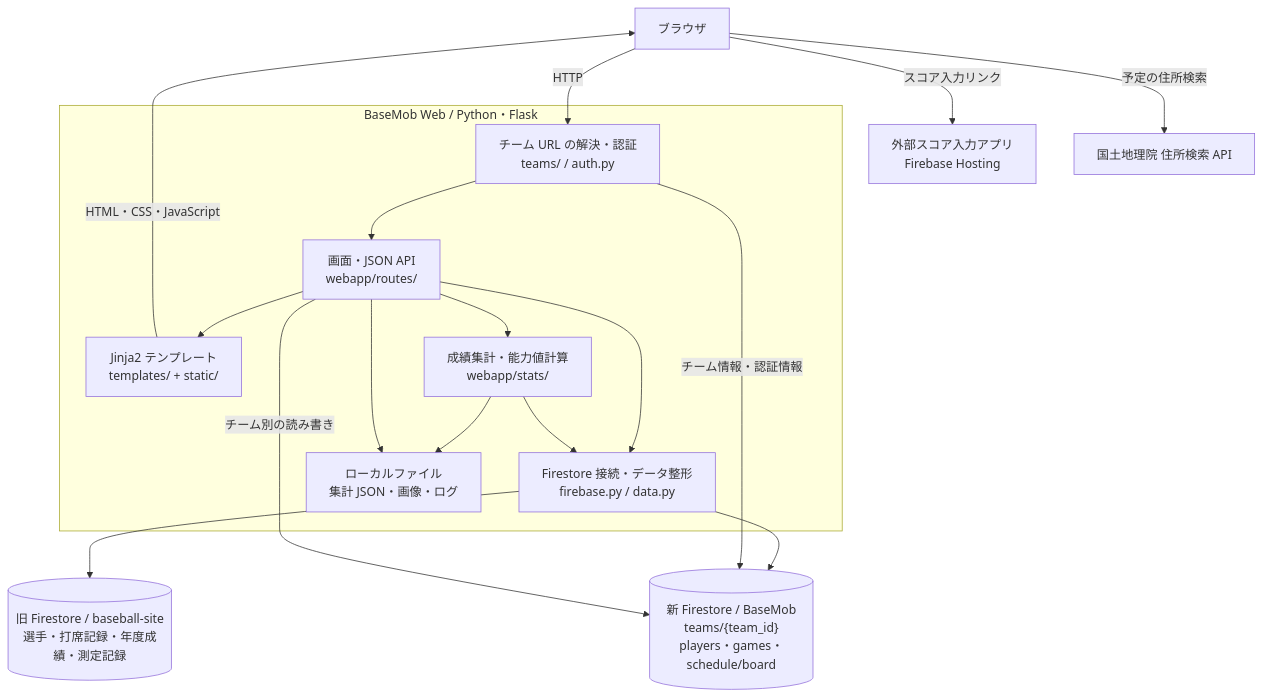
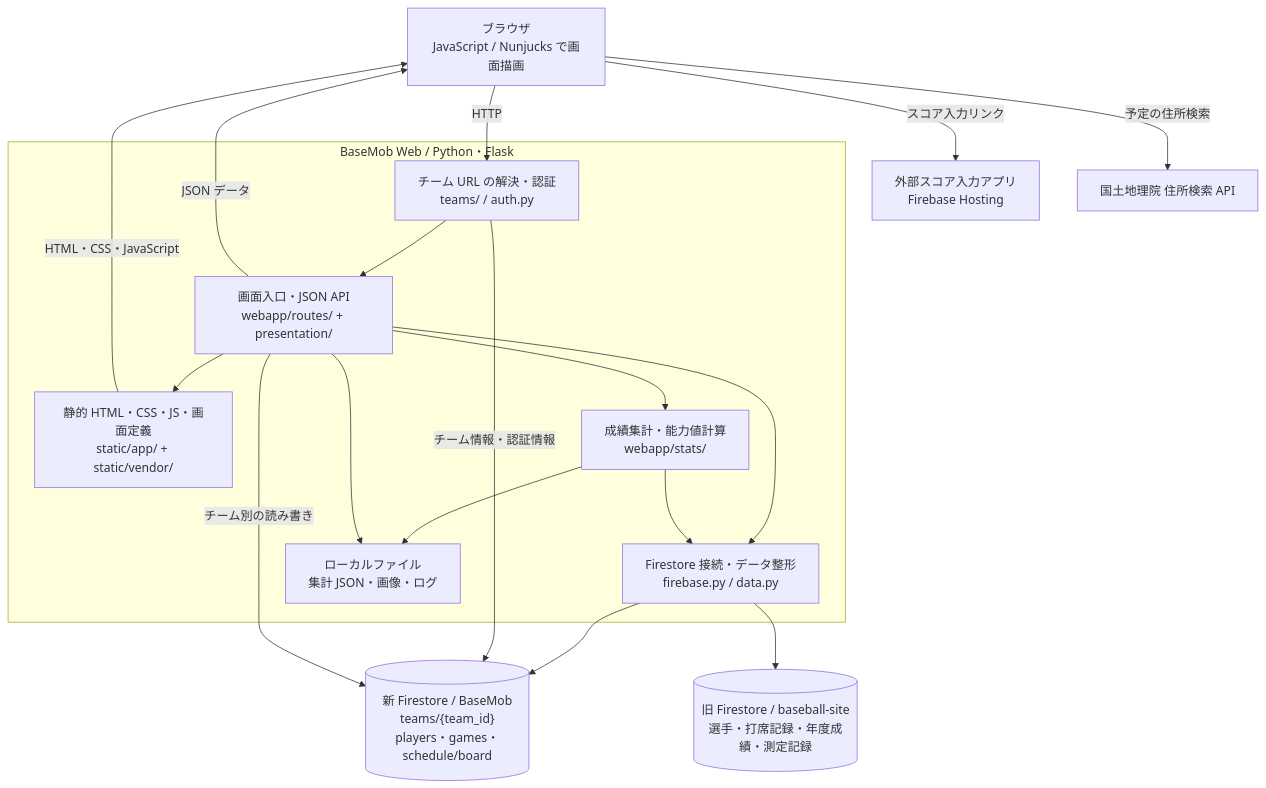
Before and after one commit to t-kik0313/basemob-web: the diagram in README.md, drawn with Mermaid. The commit also changed other lines of this file and 130 other files, not shown here.

Commit message:
API＋JavaScript で描画する方式へ移行

````diff
--- a/README.md
+++ b/README.md
@@ -20,34 +20,35 @@
 ```mermaid
 flowchart TB
-    browser["ブラウザ"]
+    browser["ブラウザ<br/>JavaScript / Nunjucks で画面描画"]
     score["外部スコア入力アプリ<br/>Firebase Hosting"]
     geo["国土地理院 住所検索 API"]
 
     subgraph server["BaseMob Web / Python・Flask"]
         auth["チーム URL の解決・認証<br/>teams/ / auth.py"]
-        routes["画面・JSON API<br/>webapp/routes/"]
-        view["Jinja2 テンプレート<br/>templates/ + static/"]
+        routes["画面入口・JSON API<br/>webapp/routes/ + presentation/"]
+        view["静的 HTML・CSS・JS・画面定義<br/>static/app/ + static/vendor/"]
         stats["成績集計・能力値計算<br/>webapp/stats/"]
         data["Firestore 接続・データ整形<br/>firebase.py / data.py"]
         files["ローカルファイル<br/>集計 JSON・画像・ログ"]
     end
 
     newdb[("新 Firestore / BaseMob<br/>teams/{team_id}<br/>players・games・schedule/board")]
     olddb[("旧 Firestore / baseball-site<br/>選手・打席記録・年度成績・測定記録")]
 
     browser -->|HTTP| auth
     auth --> routes
     routes --> view
+    routes -->|JSON データ| browser
     view -->|HTML・CSS・JavaScript| browser
     routes --> stats
     routes --> data
     stats --> data
     data --> newdb
     data --> olddb
     auth -->|チーム情報・認証情報| newdb
     routes -->|チーム別の読み書き| newdb
     stats --> files
     routes --> files
     browser -->|スコア入力リンク| score
     browser -->|予定の住所検索| geo
 ```
````
